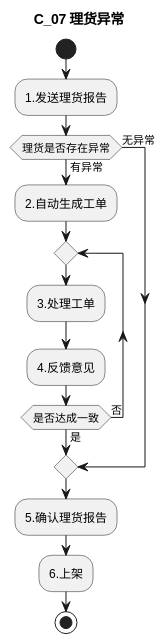
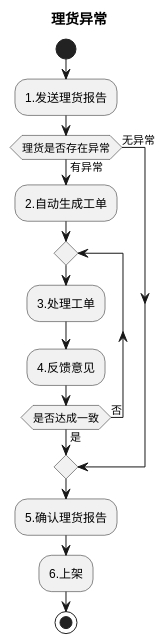
Before and after one commit to jack888332/projects-doc: the second of 5 diagrams in product-caliber/goldjet/segmented-prd/mainflow/PRD.高捷物流系统一期.主流程.09.异常处理流程.md, drawn with PlantUML. The commit also changed other lines of this file and 59 other files, not shown here.

````diff
--- a/product-caliber/goldjet/segmented-prd/mainflow/PRD.高捷物流系统一期.主流程.09.异常处理流程.md
+++ b/product-caliber/goldjet/segmented-prd/mainflow/PRD.高捷物流系统一期.主流程.09.异常处理流程.md
@@ -73,18 +61,18 @@
 ```plantuml
 @startuml
-title C_07 理货异常
+title 理货异常
 start
 :1.发送理货报告;
 if (理货是否存在异常) then (有异常)
   :2.自动生成工单;
   repeat
     :3.处理工单;
     :4.反馈意见;
   repeat while (是否达成一致) is (否) not (是)
 else (无异常)
 endif
 :5.确认理货报告;
 :6.上架;
 stop
 @enduml
 ```
````
